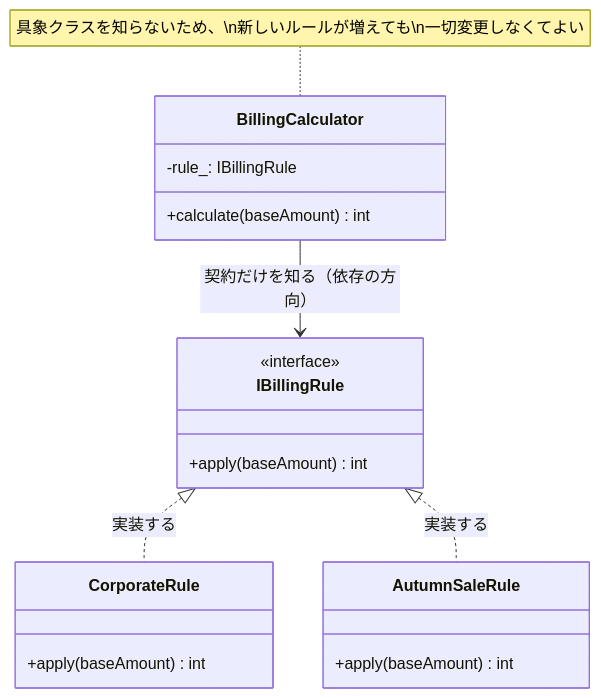
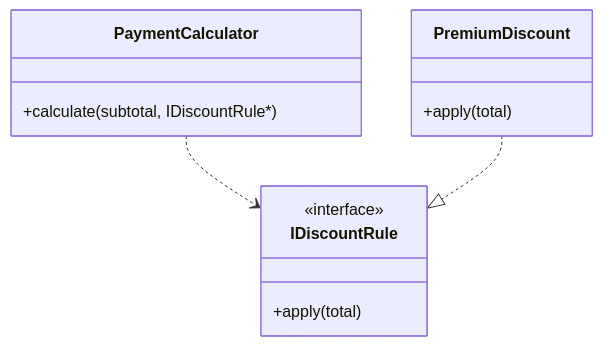
The seventh of 7 diagrams in kindle/design-patterns/output/chapter01.md (kumachan1101-pixel/DesignPattern), drawn with Mermaid before and after one commit. The commit also changed other lines of this file and 11 other files, not shown here.

````diff
--- a/kindle/design-patterns/output/chapter01.md
+++ b/kindle/design-patterns/output/chapter01.md
@@ -535,23 +986,16 @@
 ```mermaid
 classDiagram
-    class BillingCalculator {
-        -rule_: IBillingRule
-        +calculate(baseAmount) int
+    class PaymentCalculator {
+        +calculate(subtotal, IDiscountRule*)
     }
-    class IBillingRule {
+    class IDiscountRule {
         <<interface>>
-        +apply(baseAmount) int
+        +apply(total)
     }
-    class CorporateRule {
-        +apply(baseAmount) int
+    class PremiumDiscount {
+        +apply(total)
     }
-    class AutumnSaleRule {
-        +apply(baseAmount) int
-    }
+    PaymentCalculator ..> IDiscountRule
+    PremiumDiscount ..|> IDiscountRule
 
-    BillingCalculator --> IBillingRule : 契約だけを知る（依存の方向）
-    IBillingRule <|.. CorporateRule : 実装する
-    IBillingRule <|.. AutumnSaleRule : 実装する
-
-    note for BillingCalculator "具象クラスを知らないため、\n新しいルールが増えても\n一切変更しなくてよい"
 ```
````
